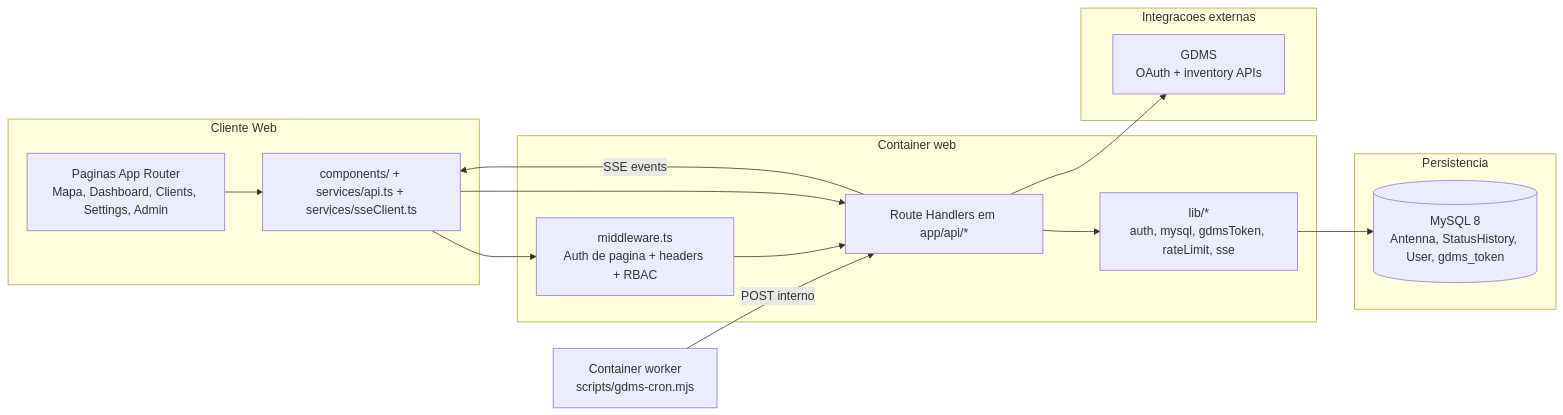
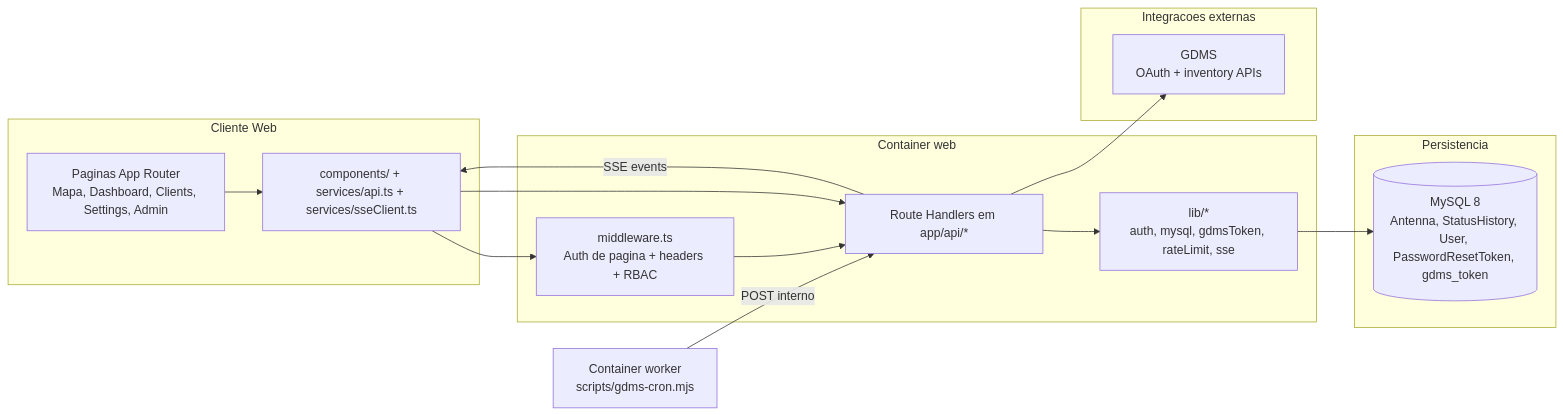
One commit to jefersonrocha-py/stats-a.p. changed the first of 5 diagrams in README.md. Above: the diagram before and after it, drawn with Mermaid. The commit also changed other lines of this file and 6 other files, not shown here.

````diff
--- a/README.md
+++ b/README.md
@@ -68,33 +70,33 @@
 ```mermaid
 flowchart LR
   subgraph Browser["Cliente Web"]
     UI["Paginas App Router<br/>Mapa, Dashboard, Clients, Settings, Admin"]
     FE["components/ + services/api.ts + services/sseClient.ts"]
   end
 
   subgraph Web["Container web"]
     MW["middleware.ts<br/>Auth de pagina + headers + RBAC"]
     API["Route Handlers em app/api/*"]
     CORE["lib/*<br/>auth, mysql, gdmsToken, rateLimit, sse"]
   end
 
   subgraph Data["Persistencia"]
-    DB[("MySQL 8<br/>Antenna, StatusHistory, User, gdms_token")]
+    DB[("MySQL 8<br/>Antenna, StatusHistory, User, PasswordResetToken, gdms_token")]
   end
 
   subgraph External["Integracoes externas"]
     GDMS["GDMS<br/>OAuth + inventory APIs"]
   end
 
   Worker["Container worker<br/>scripts/gdms-cron.mjs"]
 
   UI --> FE
   FE --> MW
   FE --> API
   MW --> API
   API --> CORE
   CORE --> DB
   API --> GDMS
   Worker -->|POST interno| API
   API -->|SSE events| FE
 ```
````
